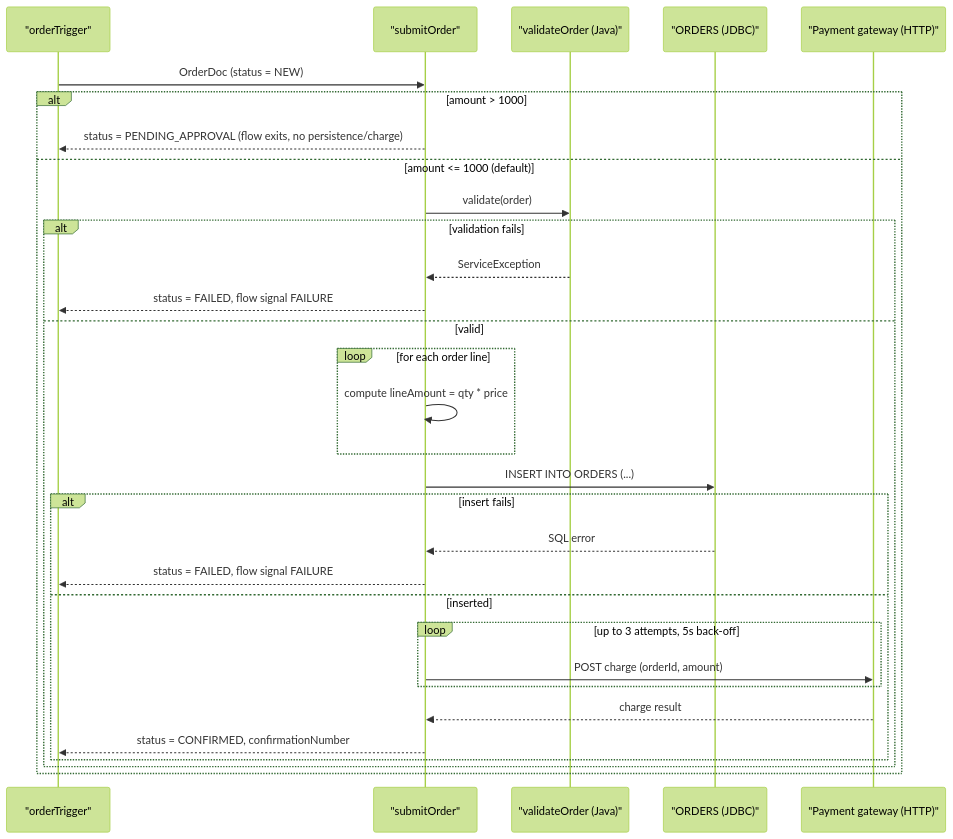
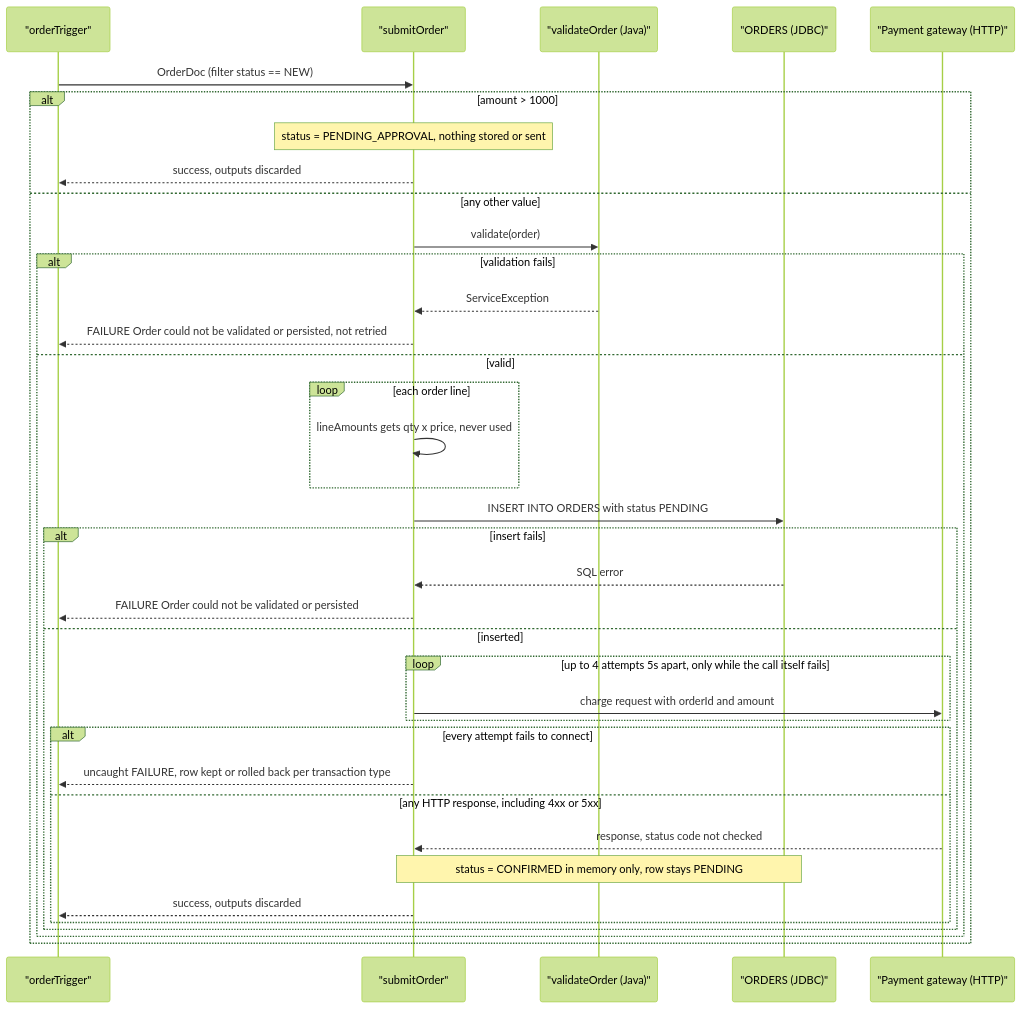
One commit to sgoskula/webmethodskill changed the first of 2 diagrams in _fsd_work/sections/CAP-01.md. Above: the diagram before and after it, drawn with Mermaid (forest theme). The commit also changed other lines of this file and 21 other files, not shown here.

````diff
--- a/_fsd_work/sections/CAP-01.md
+++ b/_fsd_work/sections/CAP-01.md
@@ -26,34 +36,40 @@
 ```mermaid
 sequenceDiagram
     participant T as "orderTrigger"
     participant S as "submitOrder"
     participant V as "validateOrder (Java)"
     participant DB as "ORDERS (JDBC)"
     participant PG as "Payment gateway (HTTP)"
 
-    T->>S: OrderDoc (status = NEW)
+    T->>S: OrderDoc (filter status == NEW)
     alt amount > 1000
-        S-->>T: status = PENDING_APPROVAL (flow exits, no persistence/charge)
-    else amount <= 1000 (default)
+        Note over S: status = PENDING_APPROVAL, nothing stored or sent
+        S-->>T: success, outputs discarded
+    else any other value
         S->>V: validate(order)
         alt validation fails
             V-->>S: ServiceException
-            S-->>T: status = FAILED, flow signal FAILURE
+            S-->>T: FAILURE Order could not be validated or persisted, not retried
         else valid
-            loop for each order line
-                S->>S: compute lineAmount = qty * price
+            loop each order line
+                S->>S: lineAmounts gets qty x price, never used
             end
-            S->>DB: INSERT INTO ORDERS (...)
+            S->>DB: INSERT INTO ORDERS with status PENDING
             alt insert fails
                 DB-->>S: SQL error
-                S-->>T: status = FAILED, flow signal FAILURE
+                S-->>T: FAILURE Order could not be validated or persisted
             else inserted
-                loop up to 3 attempts, 5s back-off
-                    S->>PG: POST charge (orderId, amount)
+                loop up to 4 attempts 5s apart, only while the call itself fails
+                    S->>PG: charge request with orderId and amount
                 end
-                PG-->>S: charge result
-                S-->>T: status = CONFIRMED, confirmationNumber
+                alt every attempt fails to connect
+                    S-->>T: uncaught FAILURE, row kept or rolled back per transaction type
+                else any HTTP response, including 4xx or 5xx
+                    PG-->>S: response, status code not checked
+                    Note over S,DB: status = CONFIRMED in memory only, row stays PENDING
+                    S-->>T: success, outputs discarded
+                end
             end
         end
     end
 ```
````
